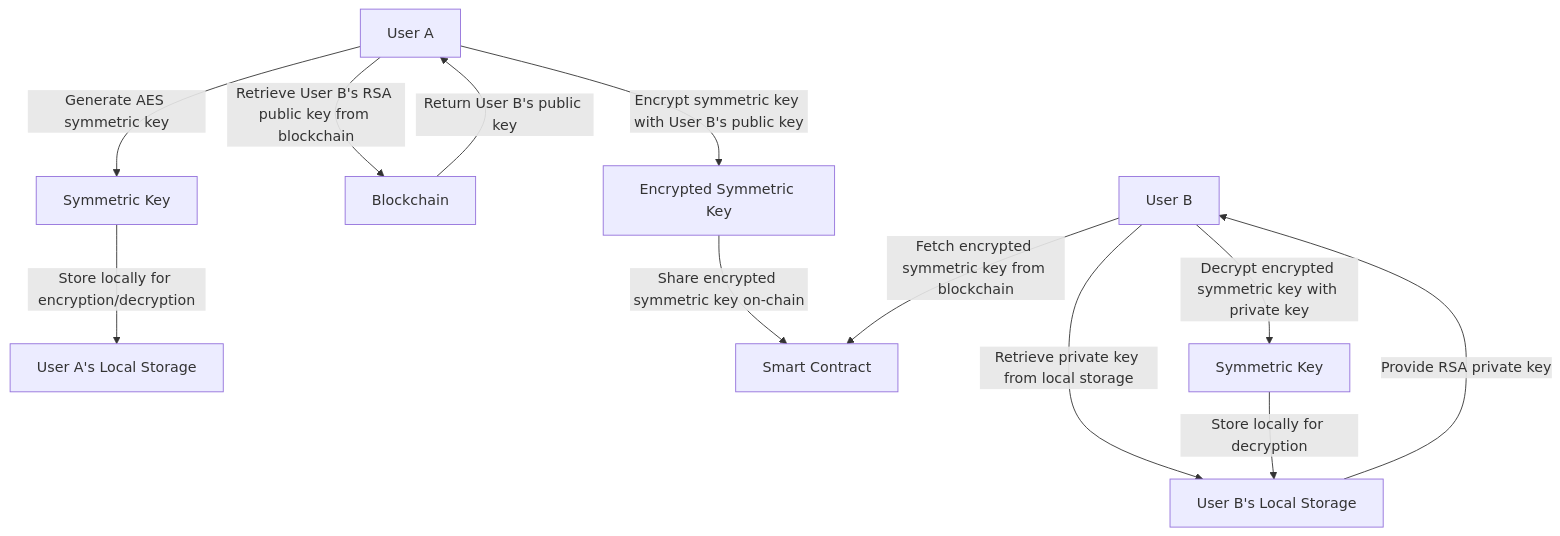
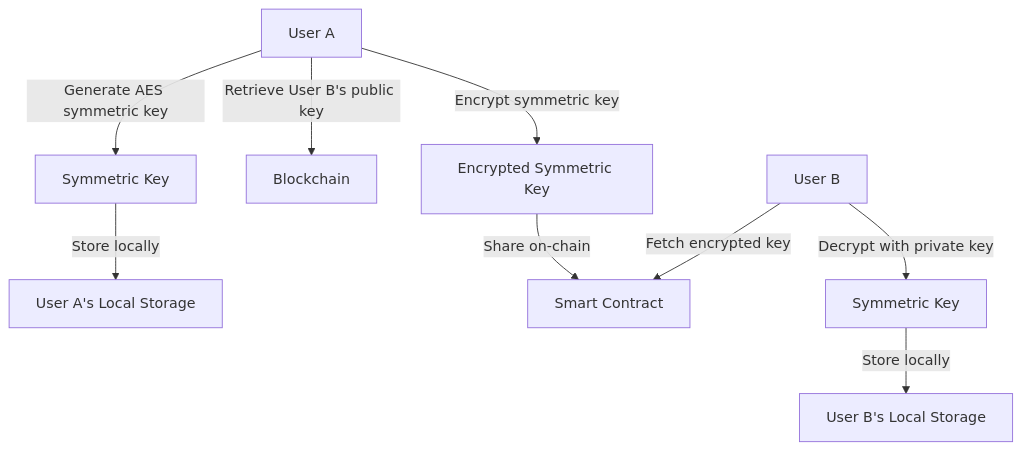
The second of 3 diagrams in README.md (roudra323/Chitchat-DApp-Project), drawn with Mermaid before and after one commit. The commit also changed other lines of this file, not shown here.

````diff
--- a/README.md
+++ b/README.md
@@ -50,14 +34,11 @@
 ```mermaid
 graph TD
     A[User A] -->|Generate AES symmetric key| B[Symmetric Key]
-    B -->|Store locally for encryption/decryption| C[User A's Local Storage]
-    A -->|Retrieve User B's RSA public key from blockchain| D[Blockchain]
-    D -->|Return User B's public key| A
-    A -->|Encrypt symmetric key with User B's public key| E[Encrypted Symmetric Key]
-    E -->|Share encrypted symmetric key on-chain| F[Smart Contract]
-    G[User B] -->|Fetch encrypted symmetric key from blockchain| F
-    G -->|Retrieve private key from local storage| H[User B's Local Storage]
-    H -->|Provide RSA private key| G
-    G -->|Decrypt encrypted symmetric key with private key| B2[Symmetric Key]
-    B2 -->|Store locally for decryption| H
+    B -->|Store locally| C[User A's Local Storage]
+    A -->|Retrieve User B's public key| D[Blockchain]
+    A -->|Encrypt symmetric key| E[Encrypted Symmetric Key]
+    E -->|Share on-chain| F[Smart Contract]
+    G[User B] -->|Fetch encrypted key| F
+    G -->|Decrypt with private key| B2[Symmetric Key]
+    B2 -->|Store locally| H[User B's Local Storage]
 ```
````
